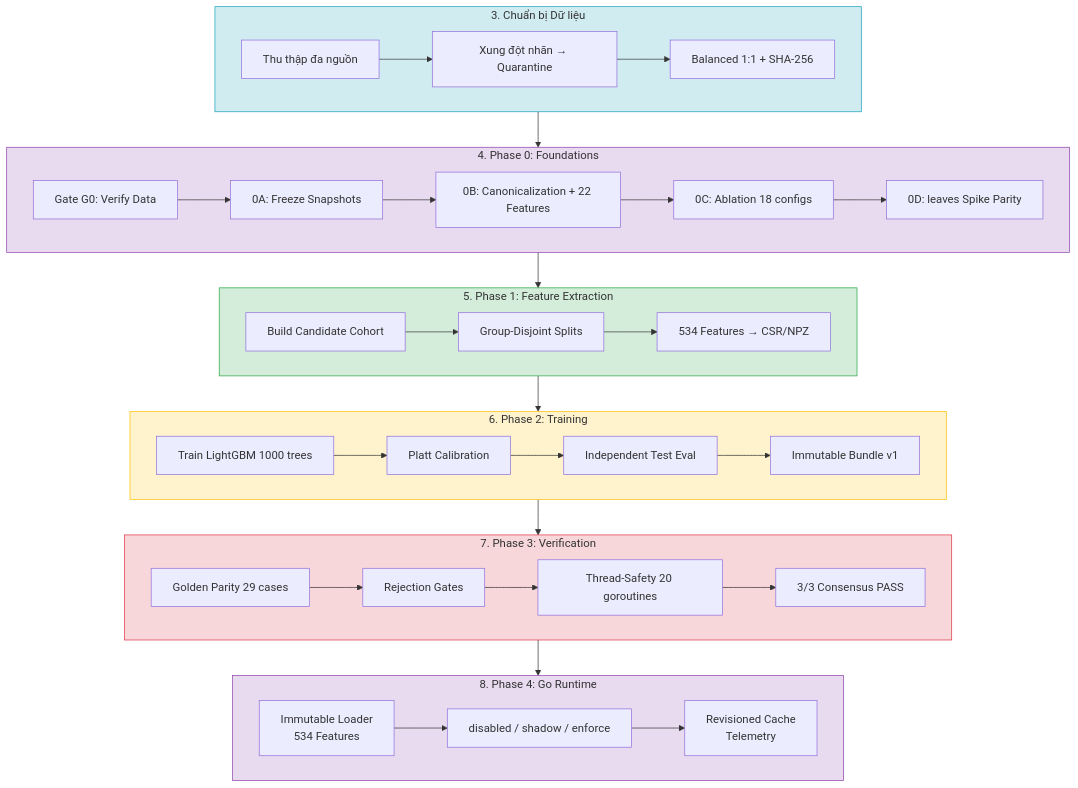
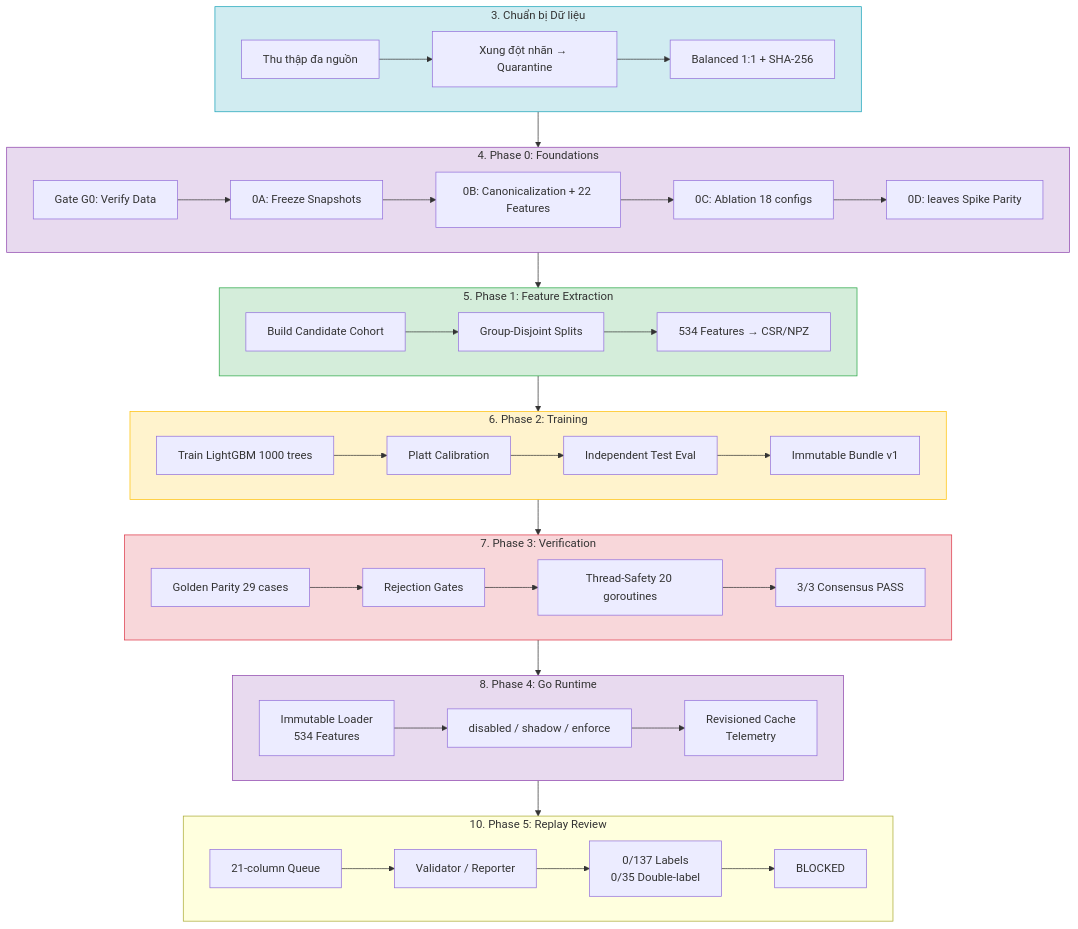
The first of 2 diagrams in docs/research/ml/method.md (vmcchooky/safe-zone), drawn with Mermaid before and after one commit. The commit also changed other lines of this file and 8 other files, not shown here.

First line of the commit message:
feat: Enhance ML replay label processing with new validation and regeneration tools

````diff
--- a/docs/research/ml/method.md
+++ b/docs/research/ml/method.md
@@ -14,45 +14,51 @@
 ```mermaid
 flowchart TB
     subgraph DP["3. Chuẩn bị Dữ liệu"]
         A1["Thu thập đa nguồn"] --> A2["Xung đột nhãn → Quarantine"]
         A2 --> A3["Balanced 1:1 + SHA-256"]
     end
 
     subgraph P0["4. Phase 0: Foundations"]
         B1["Gate G0: Verify Data"] --> B2["0A: Freeze Snapshots"]
         B2 --> B3["0B: Canonicalization + 22 Features"]
         B3 --> B4["0C: Ablation 18 configs"]
         B4 --> B5["0D: leaves Spike Parity"]
     end
 
     subgraph P1["5. Phase 1: Feature Extraction"]
         C1["Build Candidate Cohort"] --> C2["Group-Disjoint Splits"]
         C2 --> C3["534 Features → CSR/NPZ"]
     end
 
     subgraph P2["6. Phase 2: Training"]
         D1["Train LightGBM 1000 trees"] --> D2["Platt Calibration"]
         D2 --> D3["Independent Test Eval"]
         D3 --> D4["Immutable Bundle v1"]
     end
 
     subgraph P3["7. Phase 3: Verification"]
         E1["Golden Parity 29 cases"] --> E2["Rejection Gates"]
         E2 --> E3["Thread-Safety 20 goroutines"]
         E3 --> E4["3/3 Consensus PASS"]
     end
 
     subgraph P4["8. Phase 4: Go Runtime"]
         F1["Immutable Loader<br>534 Features"] --> F2["disabled / shadow / enforce"]
         F2 --> F3["Revisioned Cache<br>Telemetry"]
     end
 
-    DP --> P0 --> P1 --> P2 --> P3 --> P4
+    subgraph P5["10. Phase 5: Replay Review"]
+        G1["21-column Queue"] --> G2["Validator / Reporter"]
+        G2 --> G3["0/137 Labels<br>0/35 Double-label"]
+        G3 --> G4["BLOCKED"]
+    end
+
+    DP --> P0 --> P1 --> P2 --> P3 --> P4 --> P5
 
     style DP fill:#D1ECF1,stroke:#17A2B8
     style P0 fill:#E8DAEF,stroke:#8E44AD
     style P1 fill:#D4EDDA,stroke:#28A745
     style P2 fill:#FFF3CD,stroke:#FFC107
     style P3 fill:#F8D7DA,stroke:#DC3545
     style P4 fill:#E8DAEF,stroke:#8E44AD
 ```
````
